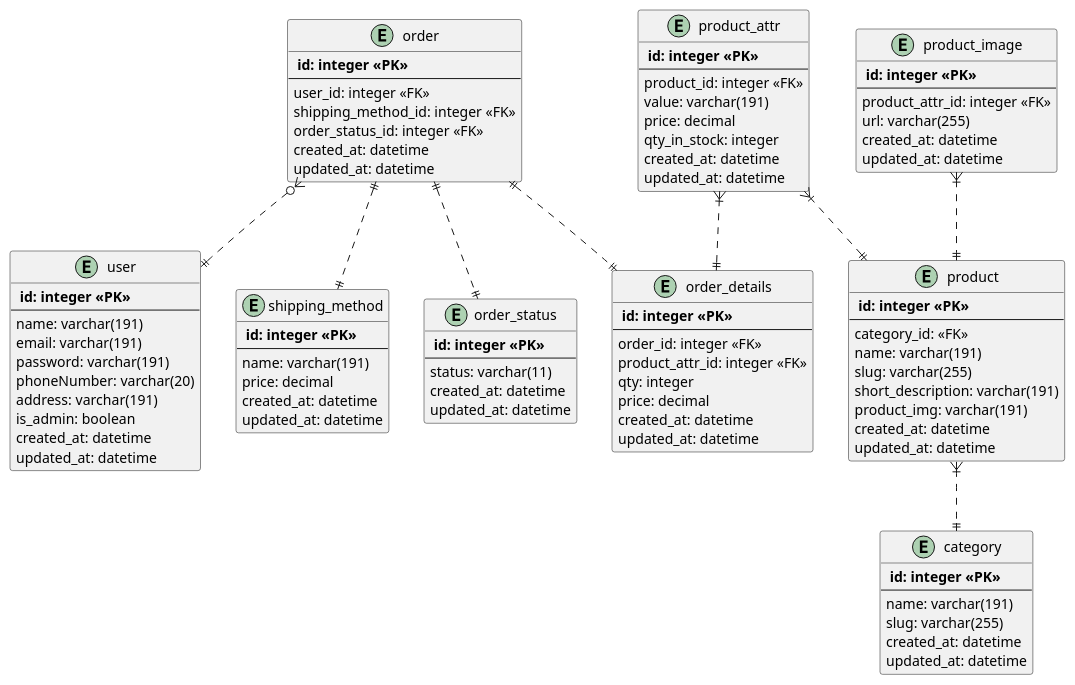
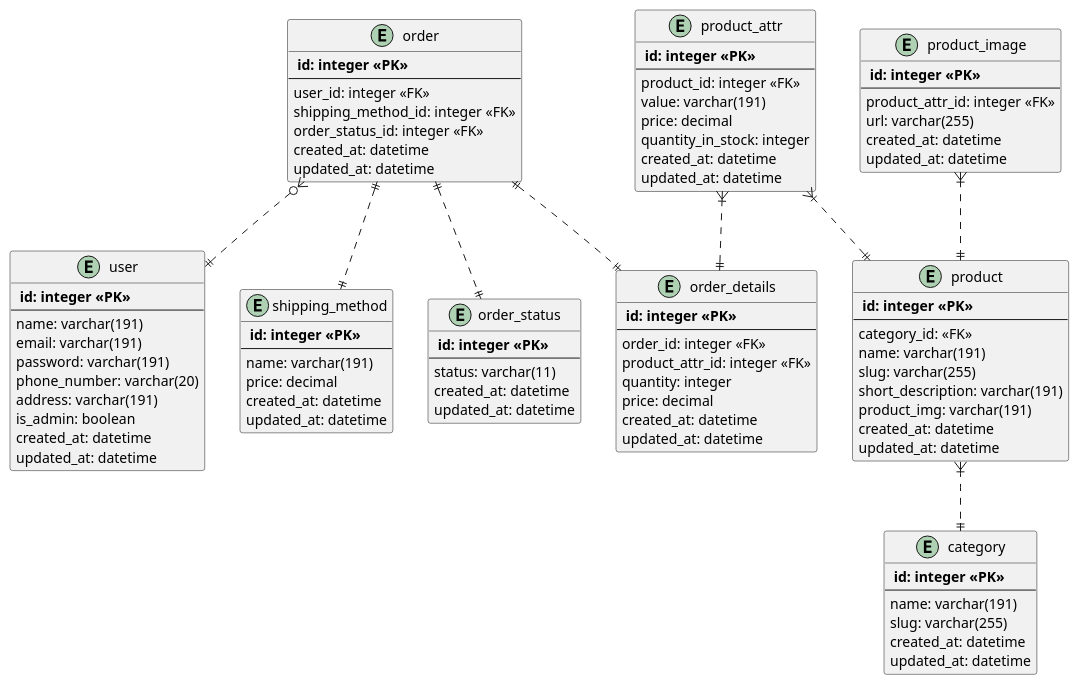
The diagram in Docs/erd.pu (vuxuanthanh1203/final-project), drawn with PlantUML before and after one commit. The commit also changed 1 other file, not shown here.

```diff
--- a/Docs/erd.pu
+++ b/Docs/erd.pu
@@ -1,104 +1,104 @@
 @startuml entity_relationship
     entity user {
         ** id: integer <<PK>> **
         --
         name: varchar(191)
         email: varchar(191)
         password: varchar(191)
-        phoneNumber: varchar(20)
+        phone_number: varchar(20)
         address: varchar(191)
         is_admin: boolean
         created_at: datetime
         updated_at: datetime
     }
 
     entity category {
         ** id: integer <<PK>> **
         --
         name: varchar(191) 
         slug: varchar(255)
         created_at: datetime
         updated_at: datetime
     }
 
     entity product {
         ** id: integer <<PK>> **
         --
         category_id: <<FK>>
         name: varchar(191)
         slug: varchar(255)
         short_description: varchar(191)
         product_img: varchar(191)
         created_at: datetime
         updated_at: datetime
     }
 
     entity product_attr {
         ** id: integer <<PK>> **
         --
         product_id: integer <<FK>>
         value: varchar(191)
         price: decimal
-        qty_in_stock: integer
+        quantity_in_stock: integer
         created_at: datetime
         updated_at: datetime
     }
 
     entity product_image {
         ** id: integer <<PK>> **
         --
         product_attr_id: integer <<FK>>
         url: varchar(255)
         created_at: datetime
         updated_at: datetime
     }
 
     entity shipping_method {
         ** id: integer <<PK>> **
         --
         name: varchar(191)
         price: decimal
         created_at: datetime
         updated_at: datetime
     }
 
     entity order_status {
         ** id: integer <<PK>> **
         --
         status: varchar(11)
         created_at: datetime
         updated_at: datetime
     }
 
     entity order {
         ** id: integer <<PK>> **
         --
         user_id: integer <<FK>>
         shipping_method_id: integer <<FK>>
         order_status_id: integer <<FK>>
         created_at: datetime
         updated_at: datetime
     }
 
     entity order_details {
         ** id: integer <<PK>> **
         --
         order_id: integer <<FK>>
         product_attr_id: integer <<FK>>
-        qty: integer
+        quantity: integer
         price: decimal
         created_at: datetime
         updated_at: datetime
     }
 
     product }|..|| category
     product_attr }|..|| product
     product_image }|..|| product
     order }o..|| user
     order ||..|| order_details
     order ||..|| order_status
     order ||..|| shipping_method
     product_attr }|..|| order_details
 
 
 @endstart
```
